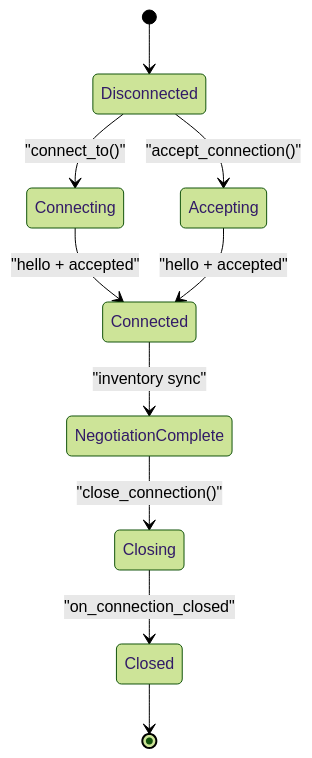
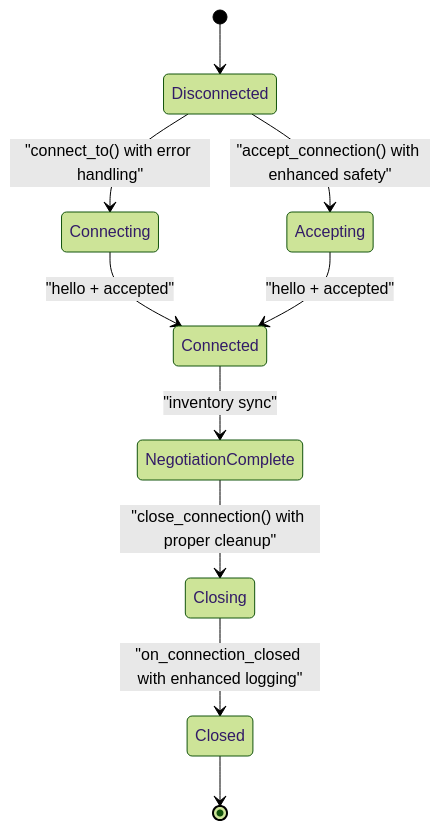
The seventh of 9 diagrams in .qoder/repowiki/en/content/Architecture Overview/Core Libraries/Network Library/Peer Connection Management.md (VIZ-Blockchain/viz-cpp-node), drawn with Mermaid (forest theme) before and after one commit. The commit also changed other lines of this file and 3 other files, not shown here.

````diff
--- a/.qoder/repowiki/en/content/Architecture Overview/Core Libraries/Network Library/Peer Connection Management.md
+++ b/.qoder/repowiki/en/content/Architecture Overview/Core Libraries/Network Library/Peer Connection Management.md
@@ -322,12 +336,12 @@
 ```mermaid
 stateDiagram-v2
 [*] --> Disconnected
-Disconnected --> Connecting : "connect_to()"
-Disconnected --> Accepting : "accept_connection()"
+Disconnected --> Connecting : "connect_to() with error handling"
+Disconnected --> Accepting : "accept_connection() with enhanced safety"
 Connecting --> Connected : "hello + accepted"
 Accepting --> Connected : "hello + accepted"
 Connected --> NegotiationComplete : "inventory sync"
-NegotiationComplete --> Closing : "close_connection()"
-Closing --> Closed : "on_connection_closed"
+NegotiationComplete --> Closing : "close_connection() with proper cleanup"
+Closing --> Closed : "on_connection_closed with enhanced logging"
 Closed --> [*]
 ```
````
